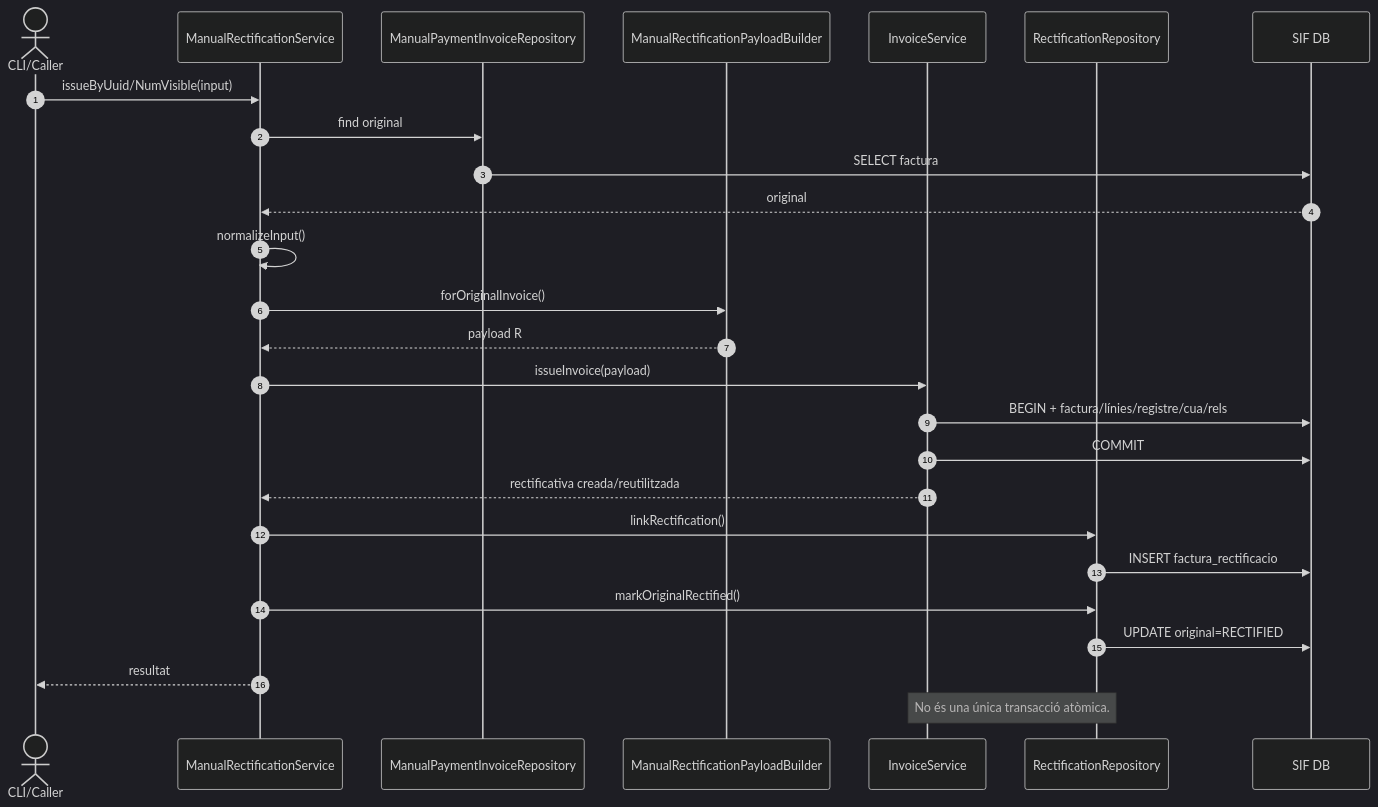
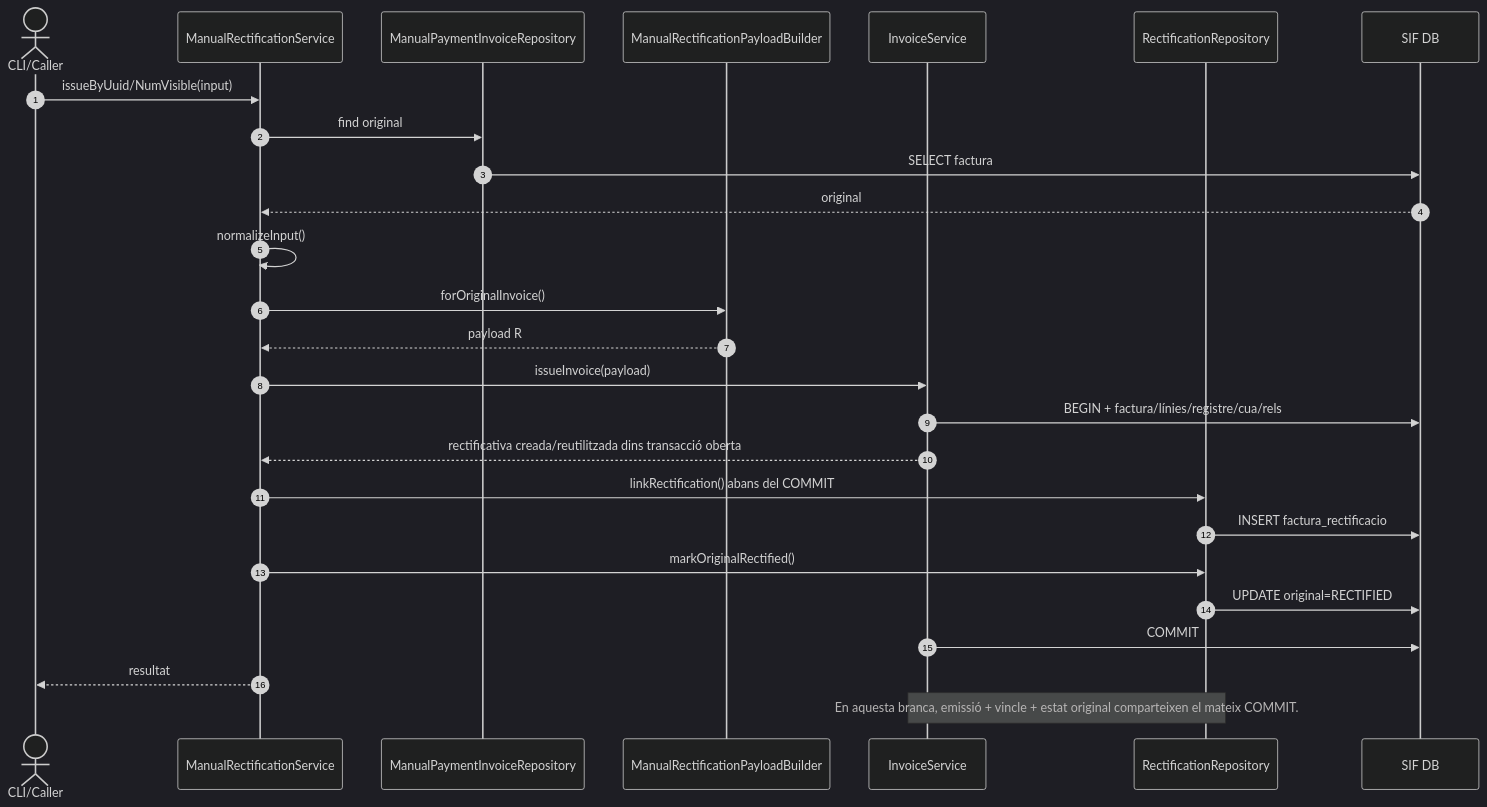
One commit to orgmeriemprismacat-del/verifactu changed the third of 4 diagrams in documentacio/07-uml-integrat/uc-005-sequencies-actual-final.md. Above: the diagram before and after it, drawn with Mermaid (dark theme).

Commit message:
docs(UC-005): reconcilia UML amb atomicitat nova

````diff
--- a/documentacio/07-uml-integrat/uc-005-sequencies-actual-final.md
+++ b/documentacio/07-uml-integrat/uc-005-sequencies-actual-final.md
@@ -45,28 +45,28 @@
 ```mermaid
 sequenceDiagram
 autonumber
 actor C as CLI/Caller
 participant M as ManualRectificationService
 participant R as ManualPaymentInvoiceRepository
 participant B as ManualRectificationPayloadBuilder
 participant I as InvoiceService
 participant RR as RectificationRepository
 participant DB as SIF DB
 C->>M: issueByUuid/NumVisible(input)
 M->>R: find original
 R->>DB: SELECT factura
 DB-->>M: original
 M->>M: normalizeInput()
 M->>B: forOriginalInvoice()
 B-->>M: payload R
 M->>I: issueInvoice(payload)
 I->>DB: BEGIN + factura/línies/registre/cua/rels
-I->>DB: COMMIT
-I-->>M: rectificativa creada/reutilitzada
-M->>RR: linkRectification()
+I-->>M: rectificativa creada/reutilitzada dins transacció oberta
+M->>RR: linkRectification() abans del COMMIT
 RR->>DB: INSERT factura_rectificacio
 M->>RR: markOriginalRectified()
 RR->>DB: UPDATE original=RECTIFIED
+I->>DB: COMMIT
 M-->>C: resultat
-Note over I,RR: No és una única transacció atòmica.
+Note over I,RR: En aquesta branca, emissió + vincle + estat original comparteixen el mateix COMMIT.
 ```
````
